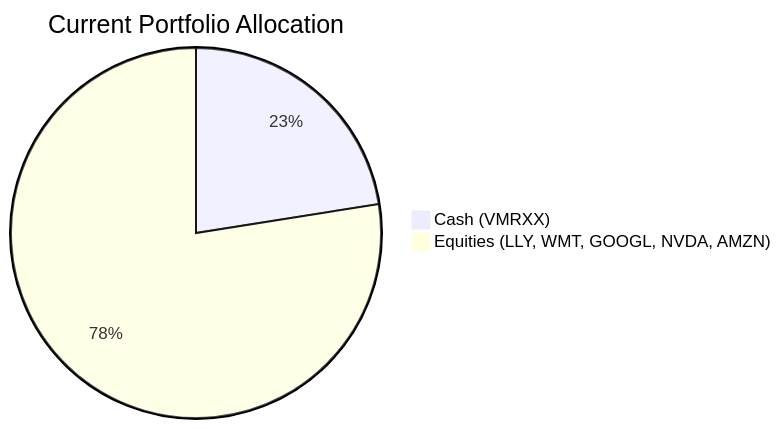
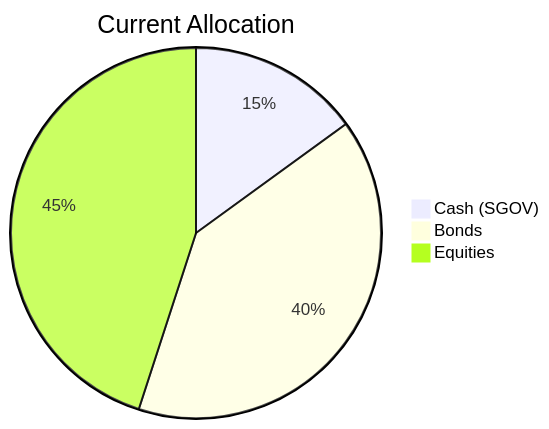
Before and after one commit to roger249/Bot-collaboration: the ninth of 20 diagrams in docs/sample outputs/product_investor_matching-deepseek-v4-flash.md, drawn with Mermaid. The commit also changed other lines of this file and 20 other files, not shown here.

````diff
--- a/docs/sample outputs/product_investor_matching-deepseek-v4-flash.md
+++ b/docs/sample outputs/product_investor_matching-deepseek-v4-flash.md
@@ -226,5 +192,6 @@
 ```mermaid
-pie title Current Portfolio Allocation
-    "Cash (VMRXX)" : 22.5
-    "Equities (LLY, WMT, GOOGL, NVDA, AMZN)" : 77.5
+pie title Current Allocation
+    "Cash (SGOV)" : 15.0
+    "Bonds" : 40.0
+    "Equities" : 45.0
 ```
````
